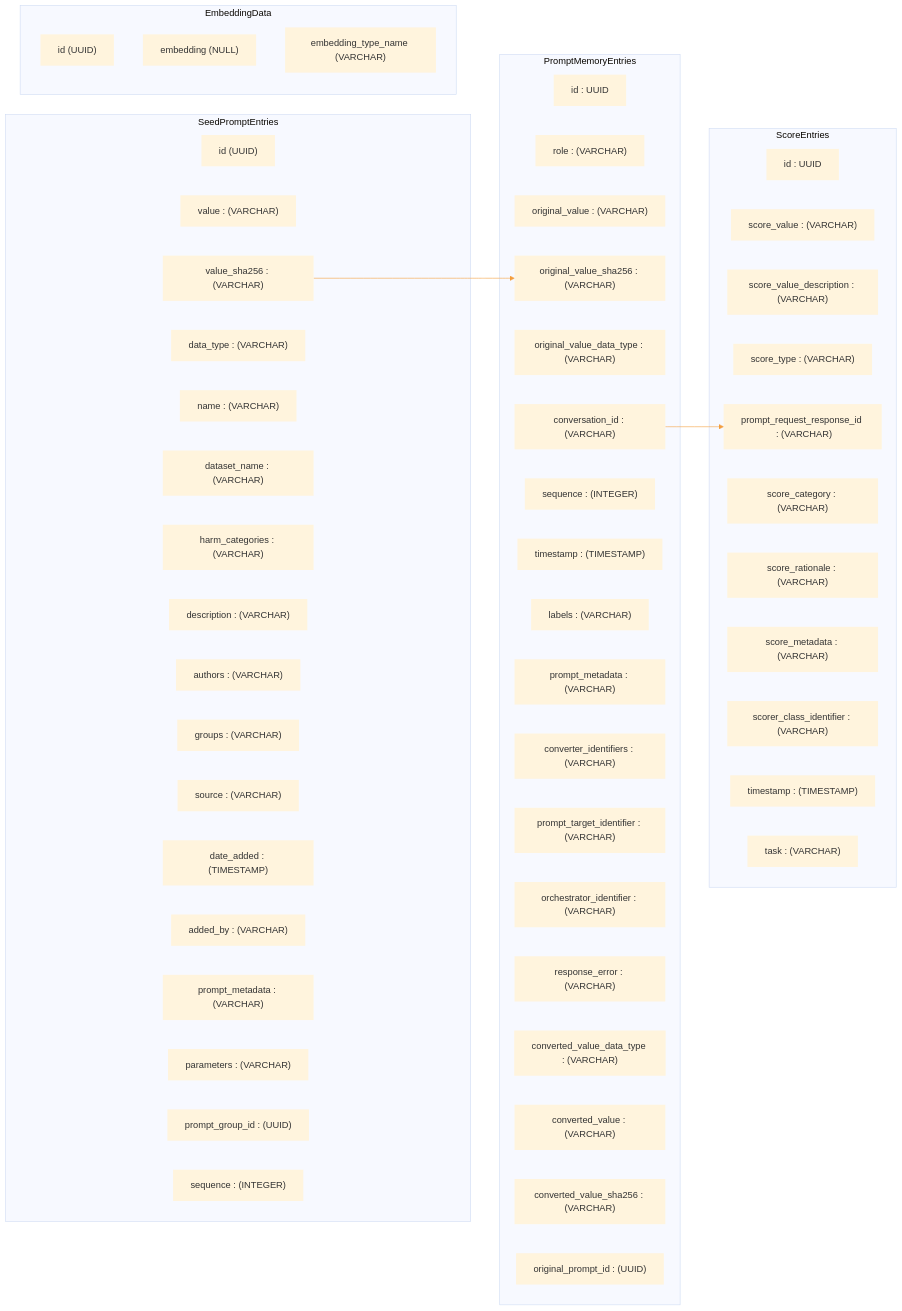
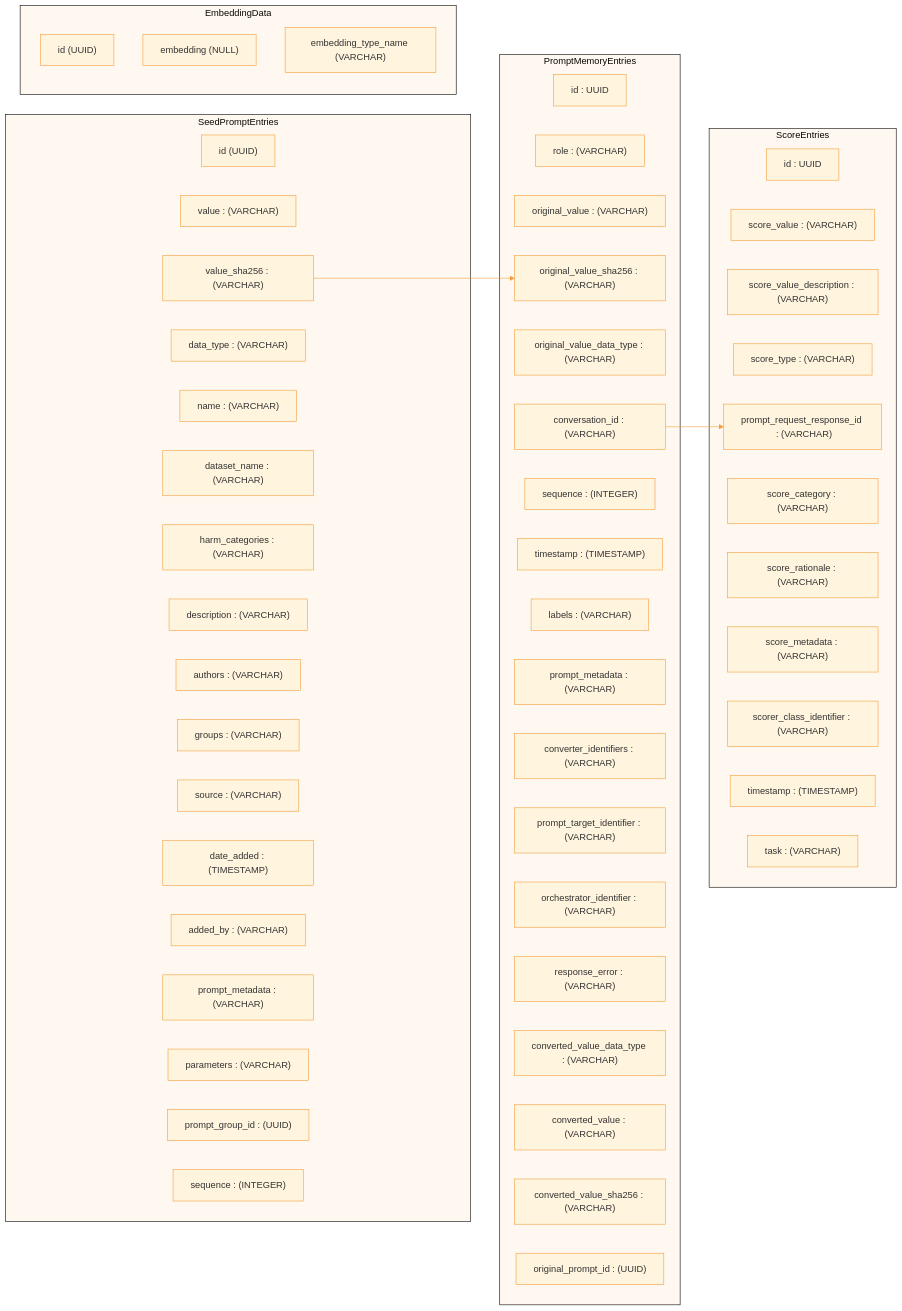
One commit to Azure/PyRIT changed the diagram in doc/code/memory/10_schema_diagram.md. Above: the diagram before and after it, drawn with Mermaid.

Commit message:
modifying diagram to make border clearer

```diff
--- a/doc/code/memory/10_schema_diagram.md
+++ b/doc/code/memory/10_schema_diagram.md
@@ -10,7 +10,8 @@
       'lineColor': '#f39e3d',
       'secondaryColor': '#f6bb77',
       'primaryBorderColor': '#f39e3d',
-      'nodeBorder': '2px'
+      'clusterBorder': '#000000',
+      'clusterBkg': '#fff8f0'
     }
   }
 }%%
```
